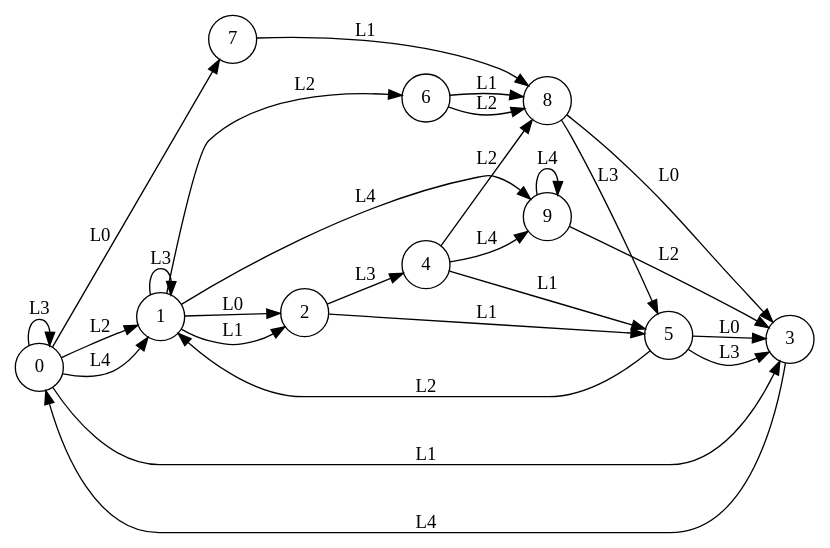
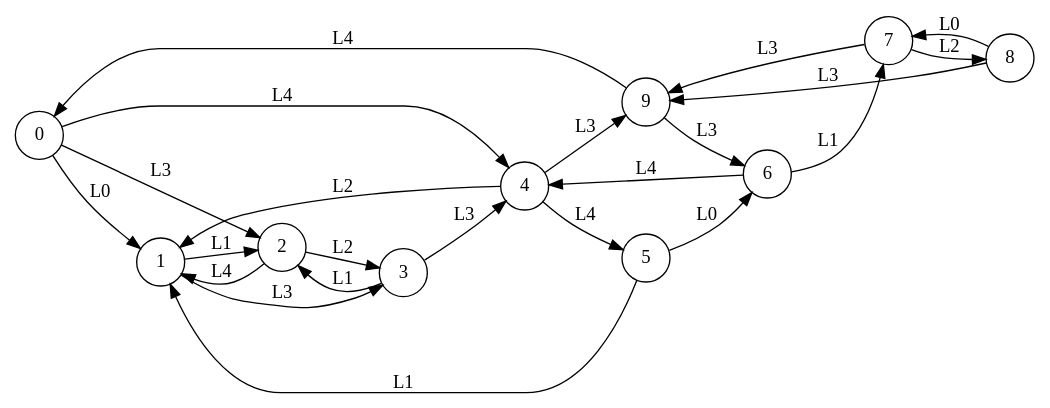
One commit to k85-ai/KB1 changed the diagram in automata/automaton_10_2_5_3.dot. Above: the diagram before and after it, drawn with Graphviz. The commit also changed 441 other files, not shown here.

```diff
--- a/automata/automaton_10_2_5_3.dot
+++ b/automata/automaton_10_2_5_3.dot
@@ -1,39 +1,35 @@
 digraph dotMachine {
   rankdir=LR;
   0 [shape=circle, label="0"];
   1 [shape=circle, label="1"];
   2 [shape=circle, label="2"];
   3 [shape=circle, label="3"];
   4 [shape=circle, label="4"];
   5 [shape=circle, label="5"];
   6 [shape=circle, label="6"];
   7 [shape=circle, label="7"];
   8 [shape=circle, label="8"];
   9 [shape=circle, label="9"];
-  0 -> 1 [label="L2"];
-  1 -> 2 [label="L0"];
-  0 -> 3 [label="L1"];
-  2 -> 4 [label="L3"];
-  2 -> 5 [label="L1"];
-  1 -> 6 [label="L2"];
-  0 -> 7 [label="L0"];
-  6 -> 8 [label="L2"];
-  4 -> 9 [label="L4"];
-  1 -> 9 [label="L4"];
-  1 -> 1 [label="L3"];
+  0 -> 1 [label="L0"];
   1 -> 2 [label="L1"];
-  5 -> 3 [label="L3"];
-  9 -> 3 [label="L2"];
-  8 -> 5 [label="L3"];
-  6 -> 8 [label="L1"];
-  0 -> 1 [label="L4"];
-  0 -> 0 [label="L3"];
-  7 -> 8 [label="L1"];
-  3 -> 0 [label="L4"];
-  5 -> 1 [label="L2"];
-  8 -> 3 [label="L0"];
-  9 -> 9 [label="L4"];
-  4 -> 5 [label="L1"];
-  5 -> 3 [label="L0"];
-  4 -> 8 [label="L2"];
+  2 -> 3 [label="L2"];
+  3 -> 4 [label="L3"];
+  4 -> 5 [label="L4"];
+  5 -> 6 [label="L0"];
+  6 -> 7 [label="L1"];
+  7 -> 8 [label="L2"];
+  8 -> 9 [label="L3"];
+  9 -> 0 [label="L4"];
+  0 -> 4 [label="L4"];
+  6 -> 4 [label="L4"];
+  7 -> 9 [label="L3"];
+  2 -> 1 [label="L4"];
+  0 -> 2 [label="L3"];
+  4 -> 1 [label="L2"];
+  4 -> 9 [label="L3"];
+  9 -> 6 [label="L3"];
+  1 -> 3 [label="L3"];
+  3 -> 2 [label="L1"];
+  5 -> 1 [label="L1"];
+  8 -> 7 [label="L0"];
 }
```
